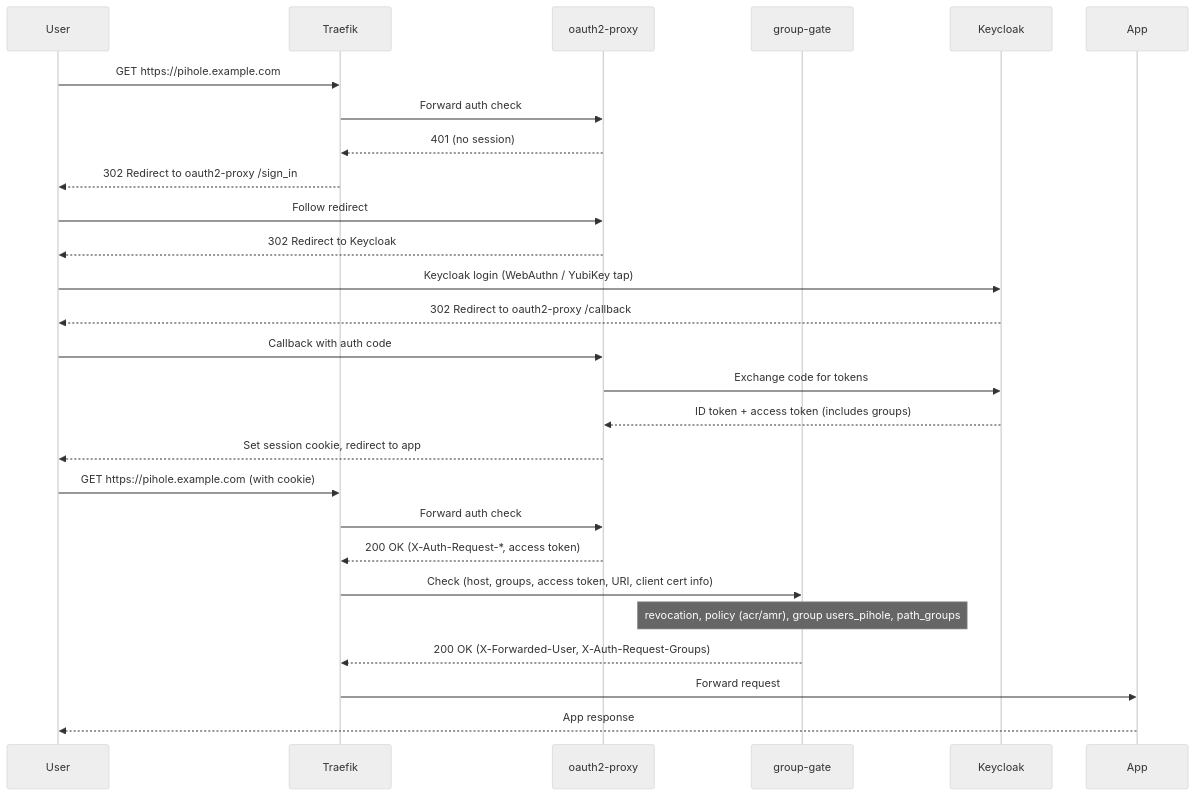
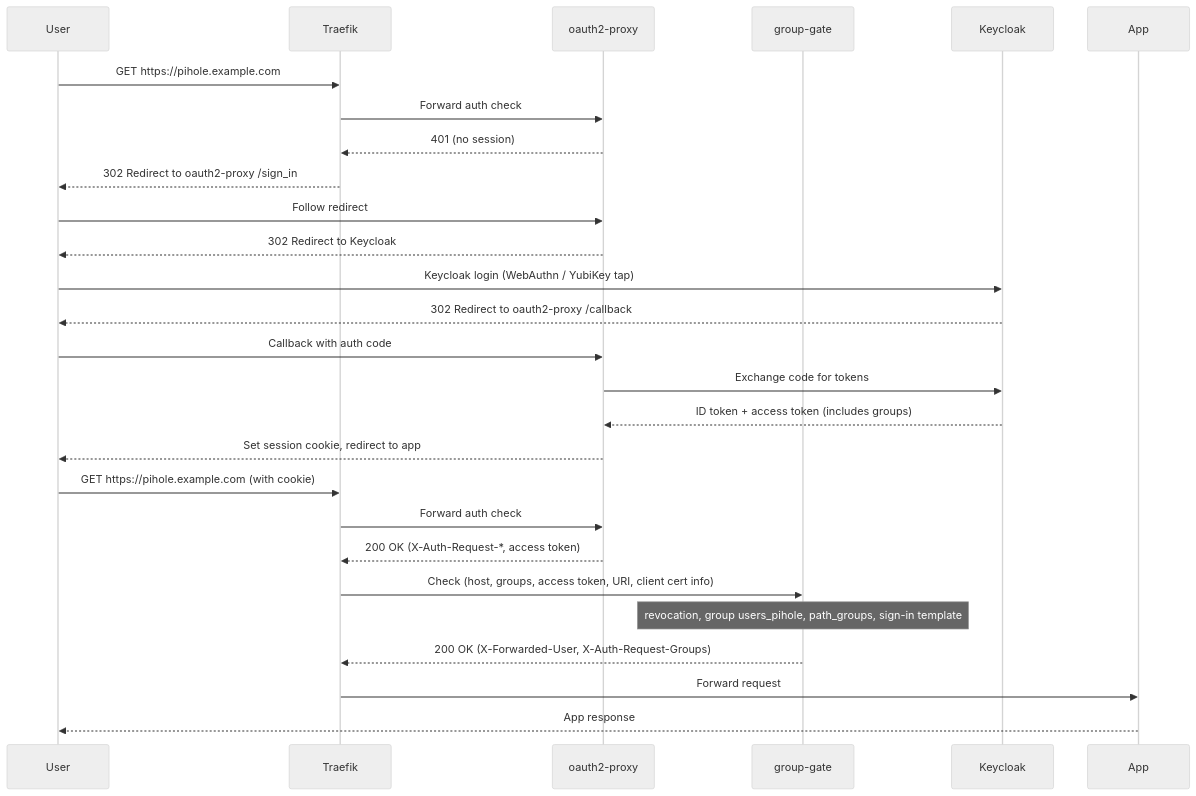
Before and after one commit to porelli/portcullis-docs: the second of 12 diagrams in docs/architecture.md, drawn with Mermaid (neutral theme). The commit also changed other lines of this file and 10 other files, not shown here.

````diff
--- a/docs/architecture.md
+++ b/docs/architecture.md
@@ -127,30 +127,30 @@
 ```mermaid
 sequenceDiagram
     participant U as User
     participant T as Traefik
     participant O as oauth2-proxy
     participant G as group-gate
     participant K as Keycloak
     participant A as App
 
     U->>T: GET https://pihole.example.com
     T->>O: Forward auth check
     O-->>T: 401 (no session)
     T-->>U: 302 Redirect to oauth2-proxy /sign_in
     U->>O: Follow redirect
     O-->>U: 302 Redirect to Keycloak
     U->>K: Keycloak login (WebAuthn / YubiKey tap)
     K-->>U: 302 Redirect to oauth2-proxy /callback
     U->>O: Callback with auth code
     O->>K: Exchange code for tokens
     K-->>O: ID token + access token (includes groups)
     O-->>U: Set session cookie, redirect to app
     U->>T: GET https://pihole.example.com (with cookie)
     T->>O: Forward auth check
     O-->>T: 200 OK (X-Auth-Request-*, access token)
     T->>G: Check (host, groups, access token, URI, client cert info)
-    Note over G: revocation, policy (acr/amr), group users_pihole, path_groups
+    Note over G: revocation, group users_pihole, path_groups, sign-in template
     G-->>T: 200 OK (X-Forwarded-User, X-Auth-Request-Groups)
     T->>A: Forward request
     A-->>U: App response
 ```
````
